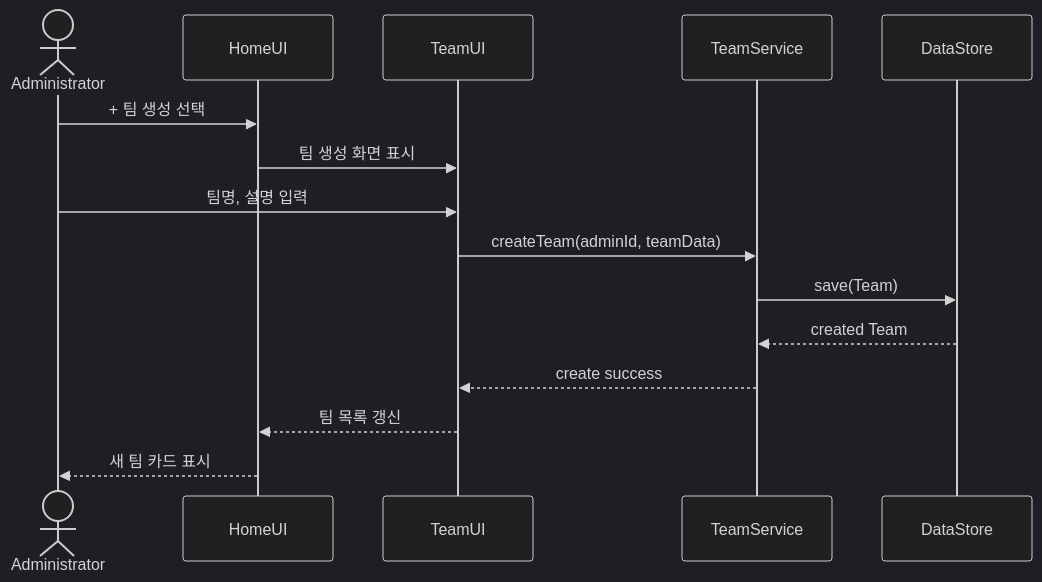
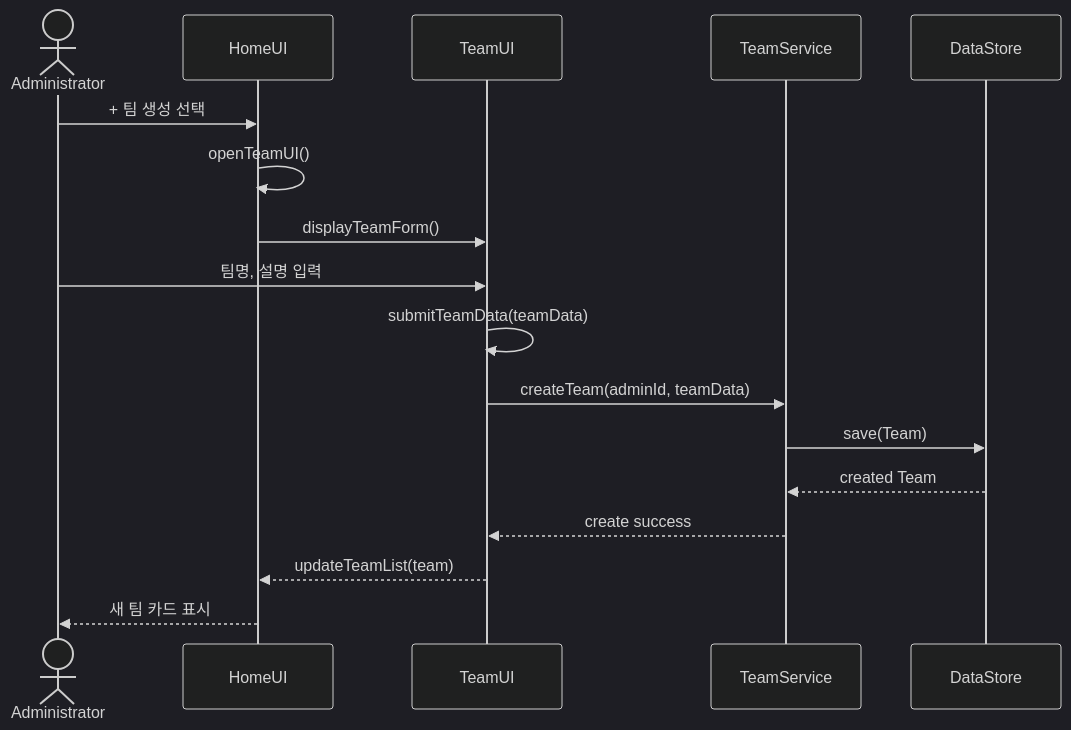
One commit to goldong23/Jo-Yul changed the fourth of 16 diagrams in Design_22411923_홍주은.md. Above: the diagram before and after it, drawn with Mermaid (dark theme). The commit also changed other lines of this file, not shown here.

Commit message:
UML 다이어그램 강의 규칙 반영

````diff
--- a/Design_22411923_홍주은.md
+++ b/Design_22411923_홍주은.md
@@ -311,18 +377,20 @@
 ```mermaid
 sequenceDiagram
     actor Administrator
     participant HomeUI
     participant TeamUI
     participant TeamService
     participant DataStore
 
     Administrator->>HomeUI: + 팀 생성 선택
-    HomeUI->>TeamUI: 팀 생성 화면 표시
+    HomeUI->>HomeUI: openTeamUI()
+    HomeUI->>TeamUI: displayTeamForm()
     Administrator->>TeamUI: 팀명, 설명 입력
+    TeamUI->>TeamUI: submitTeamData(teamData)
     TeamUI->>TeamService: createTeam(adminId, teamData)
     TeamService->>DataStore: save(Team)
     DataStore-->>TeamService: created Team
     TeamService-->>TeamUI: create success
-    TeamUI-->>HomeUI: 팀 목록 갱신
+    TeamUI-->>HomeUI: updateTeamList(team)
     HomeUI-->>Administrator: 새 팀 카드 표시
 ```
````
